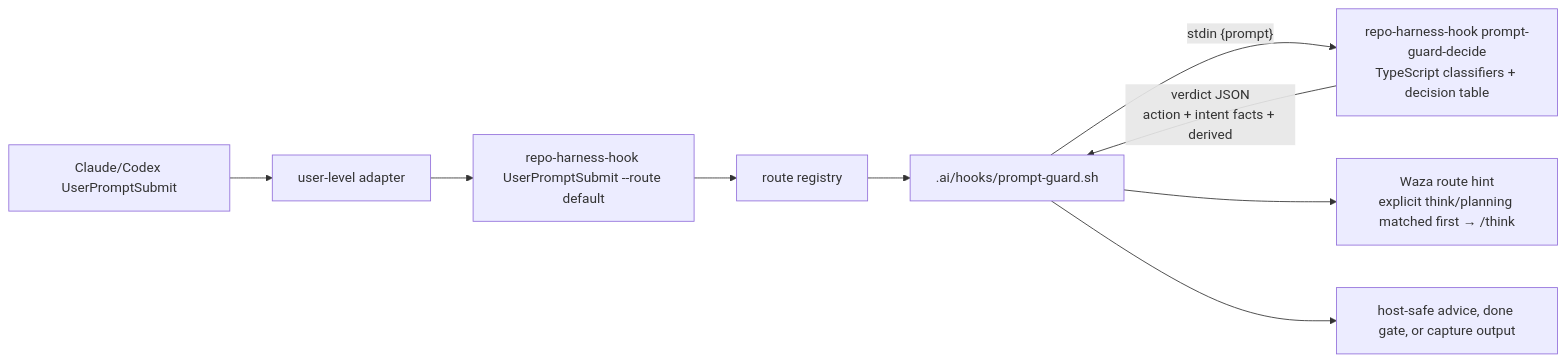
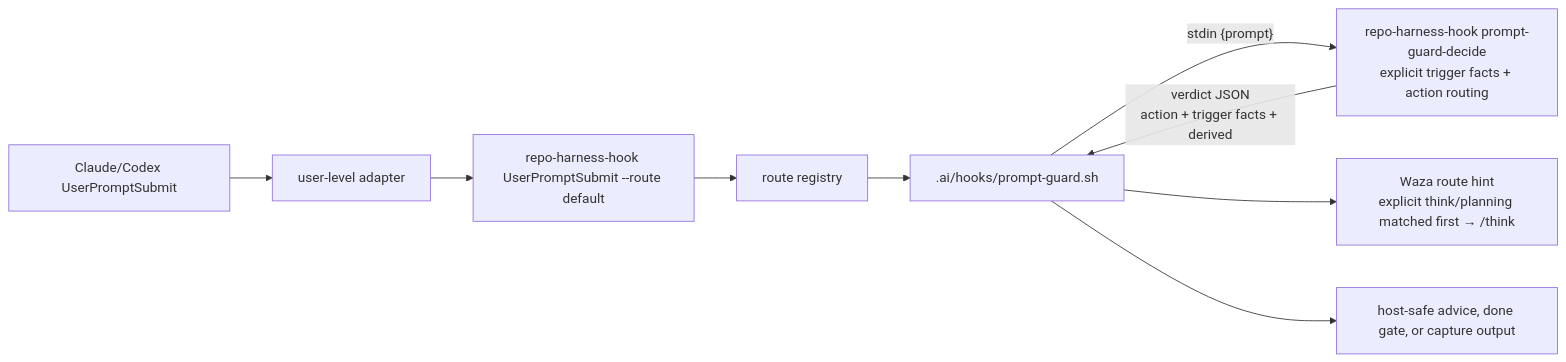
One commit to Ancienttwo/repo-harness changed the third of 3 diagrams in README.md. Above: the diagram before and after it, drawn with Mermaid. The commit also changed other lines of this file and 25 other files, not shown here.

Commit message:
feat(hooks): cut over prompt guard classifier

````diff
--- a/README.md
+++ b/README.md
@@ -317,11 +317,11 @@
 ```mermaid
 flowchart LR
   Host["Claude/Codex UserPromptSubmit"] --> Adapter["user-level adapter"]
   Adapter --> CLI["repo-harness-hook UserPromptSubmit --route default"]
   CLI --> Route["route registry"]
   Route --> Shell[".ai/hooks/prompt-guard.sh"]
-  Shell -->|"stdin {prompt}"| Decision["repo-harness-hook prompt-guard-decide<br/>TypeScript classifiers + decision table"]
-  Decision -->|"verdict JSON<br/>action + intent facts + derived"| Shell
+  Shell -->|"stdin {prompt}"| Decision["repo-harness-hook prompt-guard-decide<br/>explicit trigger facts + action routing"]
+  Decision -->|"verdict JSON<br/>action + trigger facts + derived"| Shell
   Shell --> RouteHint["Waza route hint<br/>explicit think/planning matched first → /think"]
   Shell --> HostOutput["host-safe advice, done gate, or capture output"]
 ```
````
